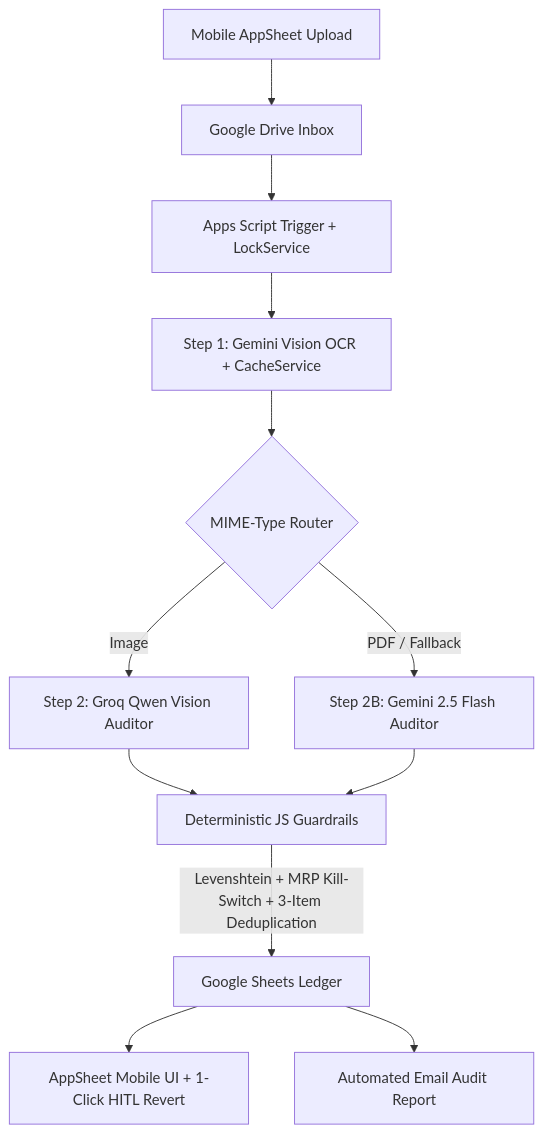
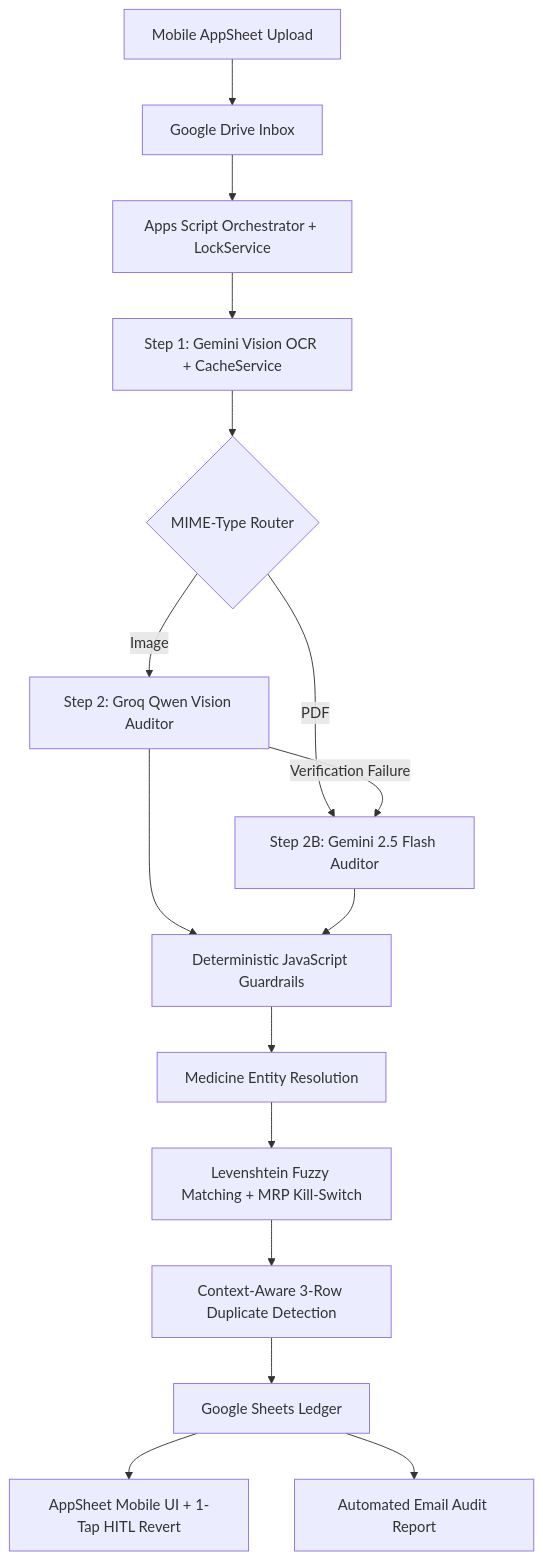
One commit to Salaam7867/RXLedger changed the diagram in README.md. Above: the diagram before and after it, drawn with Mermaid.

Commit message:
Revise flowchart for system architecture
Updated flowchart in README to improve clarity and detail.

````diff
--- a/README.md
+++ b/README.md
@@ -12,14 +12,24 @@
 ```mermaid
+
 flowchart TD
-    A[Mobile AppSheet Upload] --> B[Google Drive Inbox]
-    B --> C[Apps Script Trigger + LockService]
-    C --> D[Step 1: Gemini Vision OCR + CacheService]
-    D --> E{MIME-Type Router}
-    E -->|Image| F[Step 2: Groq Qwen Vision Auditor]
-    E -->|PDF / Fallback| G[Step 2B: Gemini 2.5 Flash Auditor]
-    F --> H[Deterministic JS Guardrails]
+    A["Mobile AppSheet Upload"] --> B["Google Drive Inbox"]
+    B --> C["Apps Script Orchestrator + LockService"]
+    C --> D["Step 1: Gemini Vision OCR + CacheService"]
+    D --> E{"MIME-Type Router"}
+
+    E -->|"Image"| F["Step 2: Groq Qwen Vision Auditor"]
+    E -->|"PDF"| G["Step 2B: Gemini 2.5 Flash Auditor"]
+
+    F -->|"Verification Failure"| G
+    F --> H["Deterministic JavaScript Guardrails"]
     G --> H
-    H -->|Levenshtein + MRP Kill-Switch + 3-Item Deduplication| I[Google Sheets Ledger]
-    I --> J[AppSheet Mobile UI + 1-Click HITL Revert]
-    I --> K[Automated Email Audit Report]
+
+    H --> I["Medicine Entity Resolution"]
+    I --> J["Levenshtein Fuzzy Matching + MRP Kill-Switch"]
+    J --> K["Context-Aware 3-Row Duplicate Detection"]
+    K --> L["Google Sheets Ledger"]
+
+    L --> M["AppSheet Mobile UI + 1-Tap HITL Revert"]
+    L --> N["Automated Email Audit Report"]
+
 ```
````
